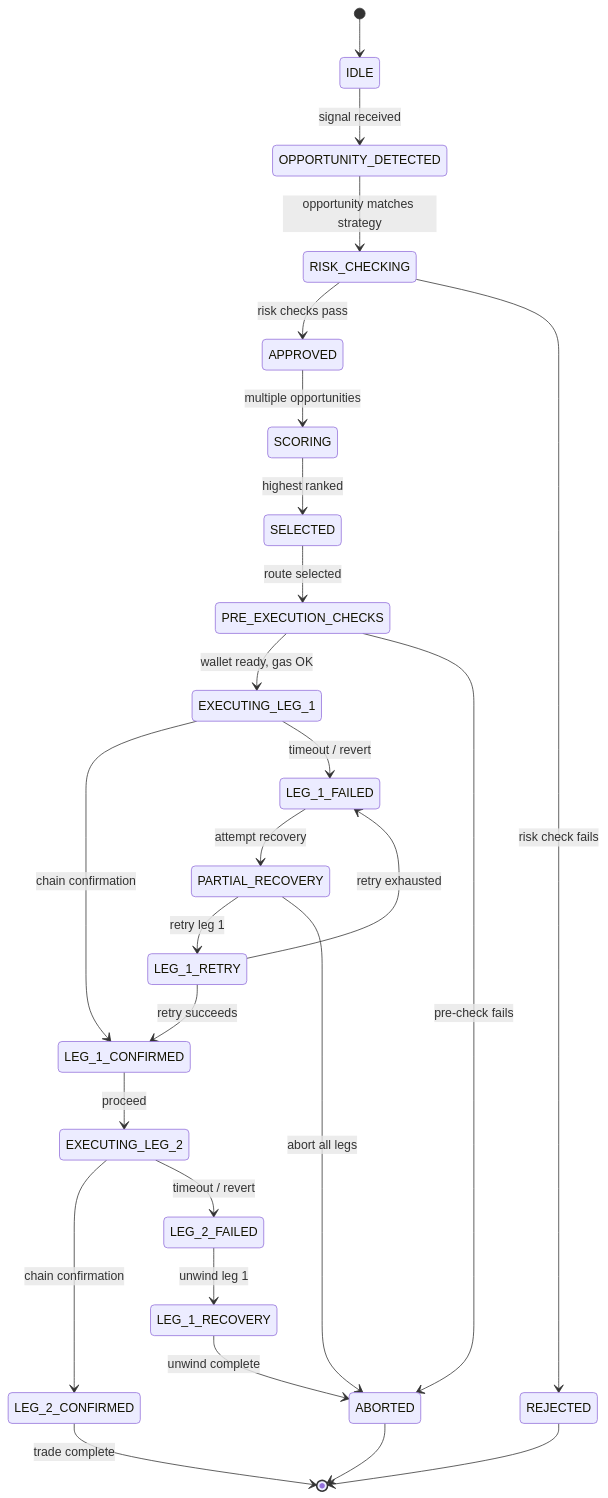
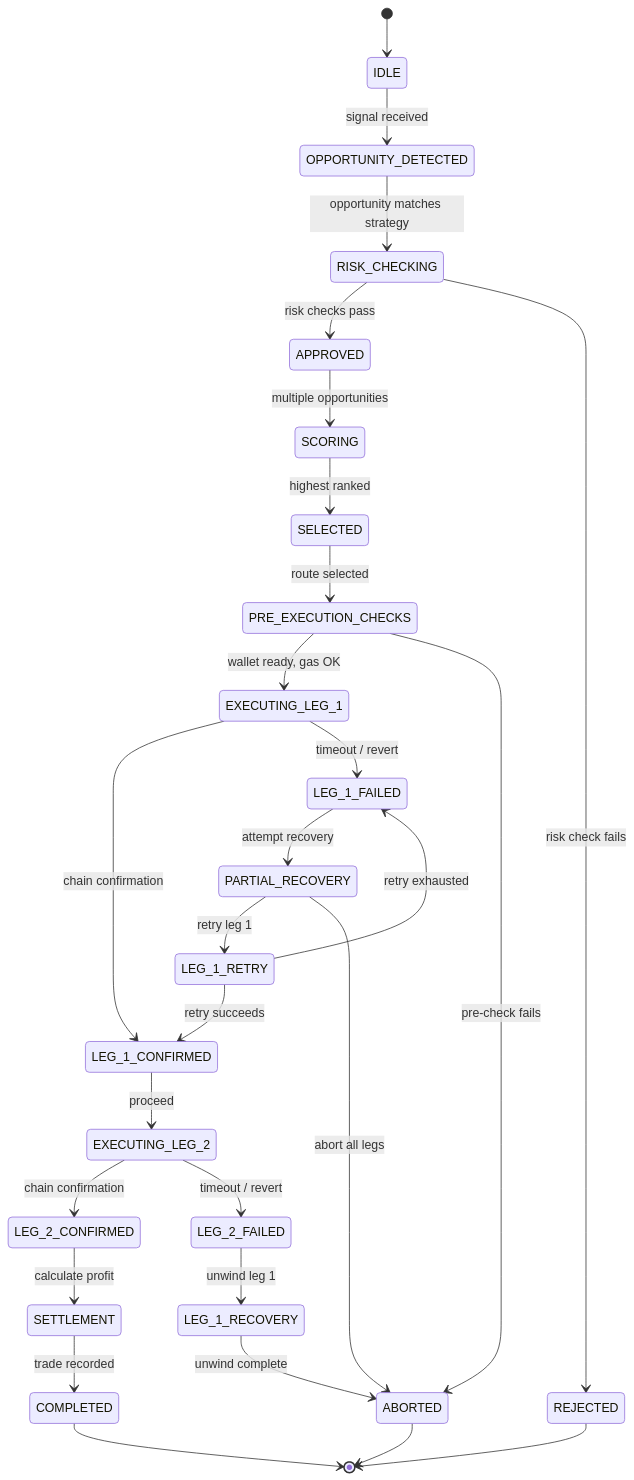
One commit to pavan53732/Apex-Arbitrage-Multichain-bot-for-windows changed the diagram in docs/TRADING-ENGINE.md. Above: the diagram before and after it, drawn with Mermaid. The commit also changed other lines of this file and 1 other file, not shown here.

````diff
--- a/docs/TRADING-ENGINE.md
+++ b/docs/TRADING-ENGINE.md
@@ -16,28 +16,30 @@
 ```mermaid
 stateDiagram-v2
   [*] --> IDLE
   IDLE --> OPPORTUNITY_DETECTED: signal received
   OPPORTUNITY_DETECTED --> RISK_CHECKING: opportunity matches strategy
   RISK_CHECKING --> APPROVED: risk checks pass
   RISK_CHECKING --> REJECTED: risk check fails
   APPROVED --> SCORING: multiple opportunities
   SCORING --> SELECTED: highest ranked
   SELECTED --> PRE_EXECUTION_CHECKS: route selected
   PRE_EXECUTION_CHECKS --> EXECUTING_LEG_1: wallet ready, gas OK
   PRE_EXECUTION_CHECKS --> ABORTED: pre-check fails
   EXECUTING_LEG_1 --> LEG_1_CONFIRMED: chain confirmation
   EXECUTING_LEG_1 --> LEG_1_FAILED: timeout / revert
   LEG_1_CONFIRMED --> EXECUTING_LEG_2: proceed
   LEG_1_FAILED --> PARTIAL_RECOVERY: attempt recovery
   PARTIAL_RECOVERY --> LEG_1_RETRY: retry leg 1
   PARTIAL_RECOVERY --> ABORTED: abort all legs
   LEG_1_RETRY --> LEG_1_CONFIRMED: retry succeeds
   LEG_1_RETRY --> LEG_1_FAILED: retry exhausted
   EXECUTING_LEG_2 --> LEG_2_CONFIRMED: chain confirmation
   EXECUTING_LEG_2 --> LEG_2_FAILED: timeout / revert
   LEG_2_FAILED --> LEG_1_RECOVERY: unwind leg 1
   LEG_1_RECOVERY --> ABORTED: unwind complete
-  LEG_2_CONFIRMED --> [*]: trade complete
+  LEG_2_CONFIRMED --> SETTLEMENT: calculate profit
+  SETTLEMENT --> COMPLETED: trade recorded
+  COMPLETED --> [*]
   REJECTED --> [*]
   ABORTED --> [*]
 ```
````
